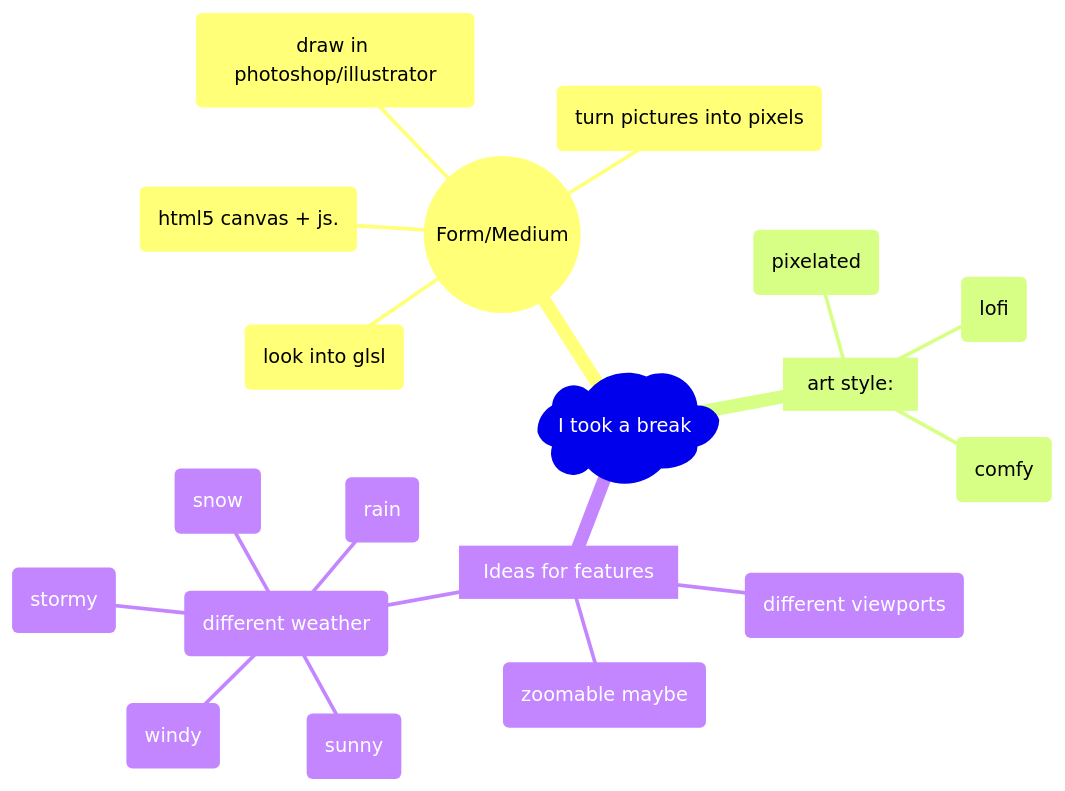
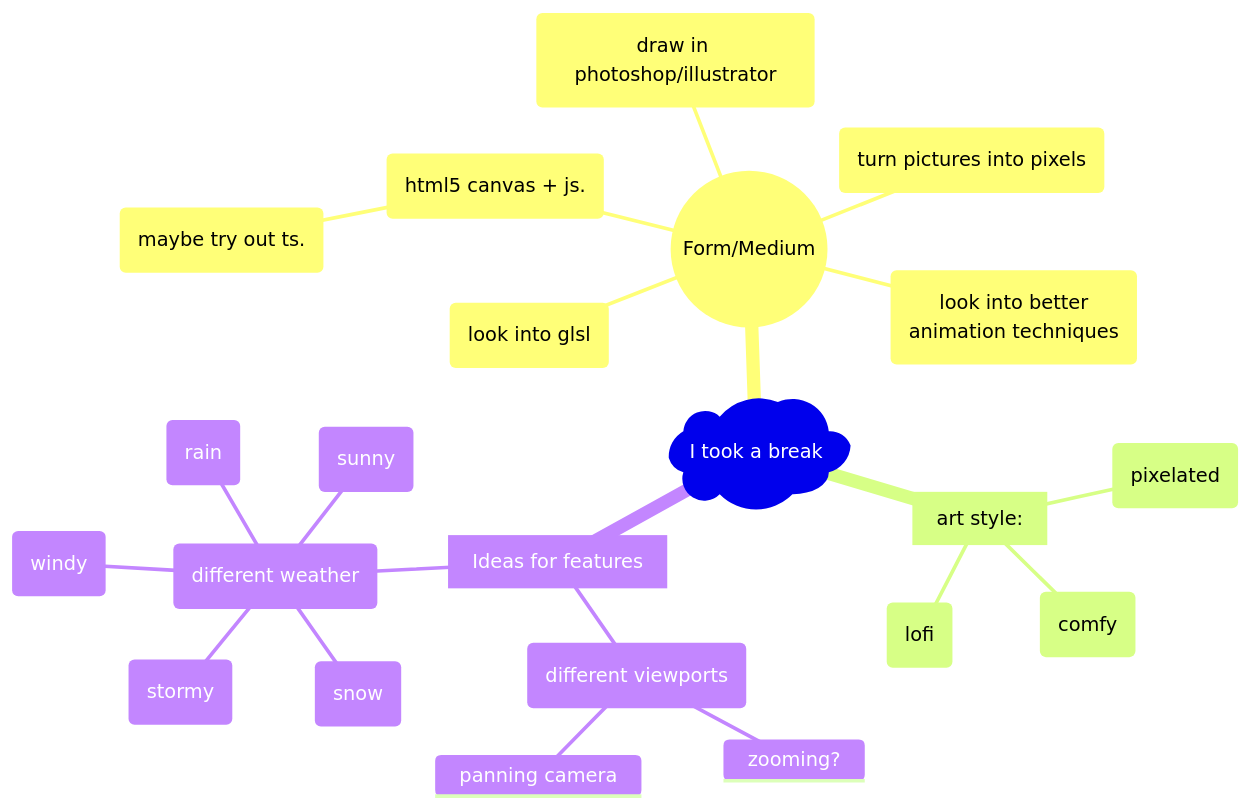
The diagram in README.md (flokleiser/Break-HSLU), drawn with Mermaid before and after one commit. The commit also changed other lines of this file, not shown here.

````diff
--- a/README.md
+++ b/README.md
@@ -10,28 +12,30 @@
 ```mermaid
 mindmap
     )I took a break(
 
         ((Form/Medium))
             (html5 canvas + js.)
+                (maybe try out ts.)
             (draw in photoshop/illustrator)
             (turn pictures into pixels)
             (look into glsl)
+            (look into better <br> animation techniques)
 
         [art style:] 
             (pixelated)
             (lofi)
             (comfy)
 
         [Ideas for features]
-            (zoomable maybe)
             (different viewports)
+                zooming?
+                panning camera
+
             (different weather)
                 (rain)
                 (snow)
                 (sunny)
                 (windy)
                 (stormy)
 
-
-
 ```
````
